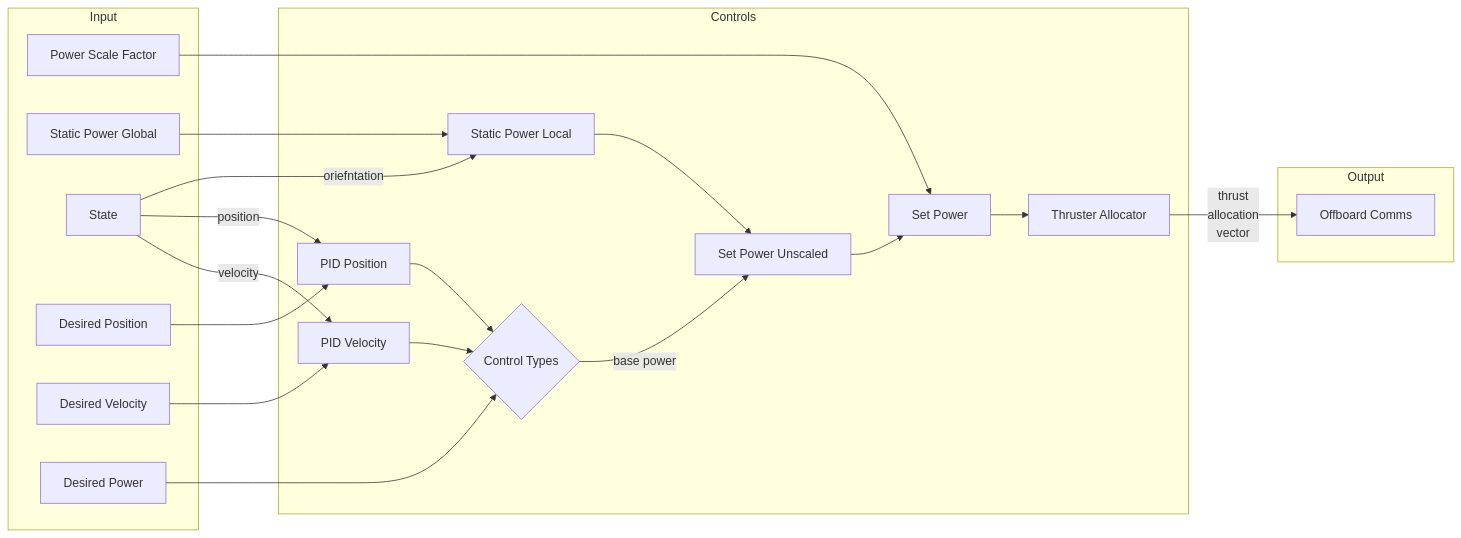
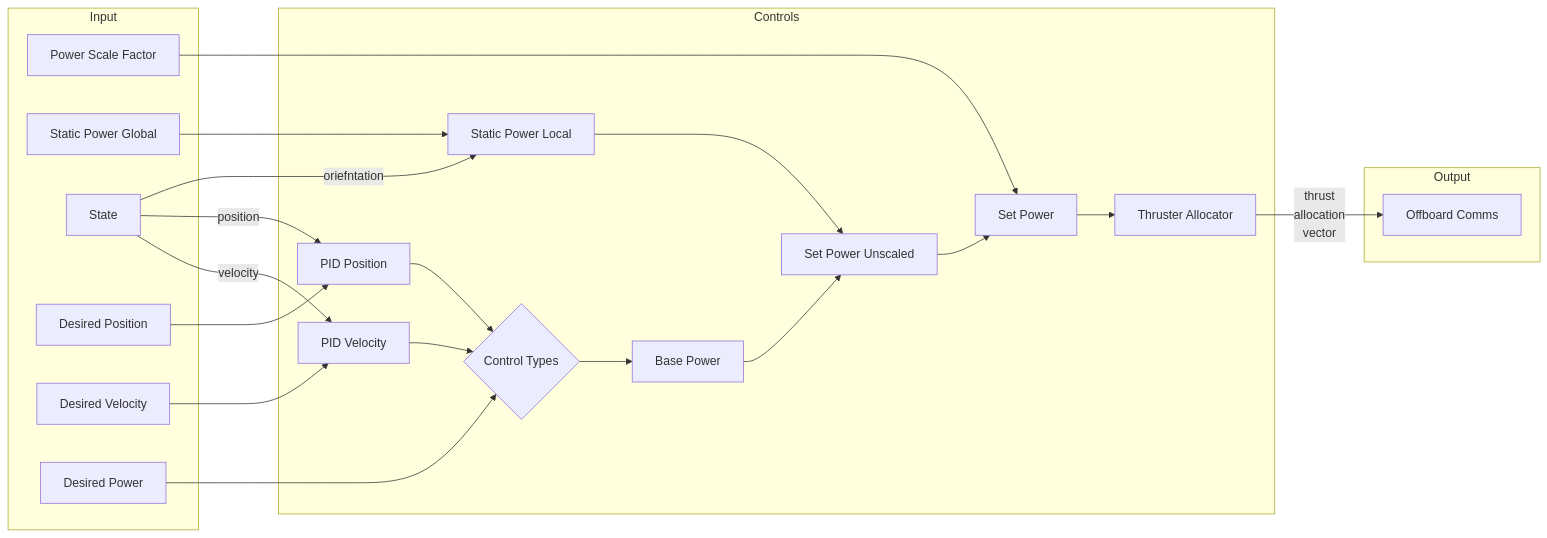
One commit to DukeRobotics/robosub-ros changed the diagram in onboard/catkin_ws/src/controls/README.md. Above: the diagram before and after it, drawn with Mermaid. The commit also changed other lines of this file, not shown here.

````diff
--- a/onboard/catkin_ws/src/controls/README.md
+++ b/onboard/catkin_ws/src/controls/README.md
@@ -45,47 +48,49 @@
 ```mermaid
 flowchart LR
     power_scale_factor[Power Scale Factor] --> set_power[Set Power]
     static_power_global[Static Power Global] ---> static_power_local[Static Power Local]
     state[State] -- oriefntation --> static_power_local
 
     state -- position --> pid_position[PID Position]
     desired_position[Desired Position] --> pid_position[PID Position]
 
     desired_velocity[Desired Velocity] --> pid_velocity[PID Velocity]
     state[State] -- velocity --> pid_velocity[PID Velocity]
 
     desired_power[Desired Power] ---> control_types
 
     pid_position --> control_types{Control Types}
     pid_velocity --> control_types
 
-    control_types --base power--> set_power_unscaled[Set Power]
+    control_types --> base_power[Base Power]
+    base_power --> set_power_unscaled[Set Power]
     static_power_local --> set_power_unscaled[Set Power Unscaled]
     set_power_unscaled --> set_power
     set_power --> thruster_allocator[Thruster Allocator]
     thruster_allocator --thrust<br>allocation<br>vector--> offboard_comms[Offboard Comms]
 
     subgraph Input
         power_scale_factor
         static_power_global
         state
         desired_position
         desired_velocity
         desired_power
     end
 
     subgraph Controls
         pid_position
         pid_velocity
         control_types
         static_power_local
+        base_power
         set_power_unscaled
         set_power
         thruster_allocator
     end
 
     subgraph Output
         offboard_comms
     end
 
 ```
````
